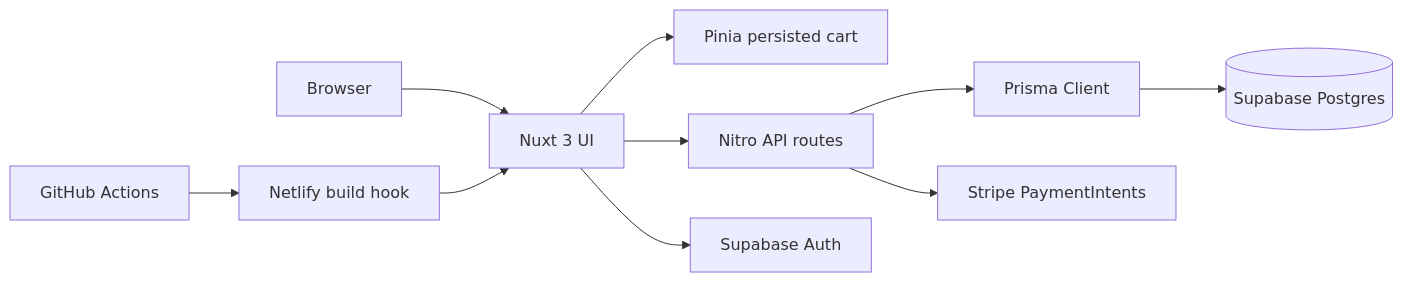
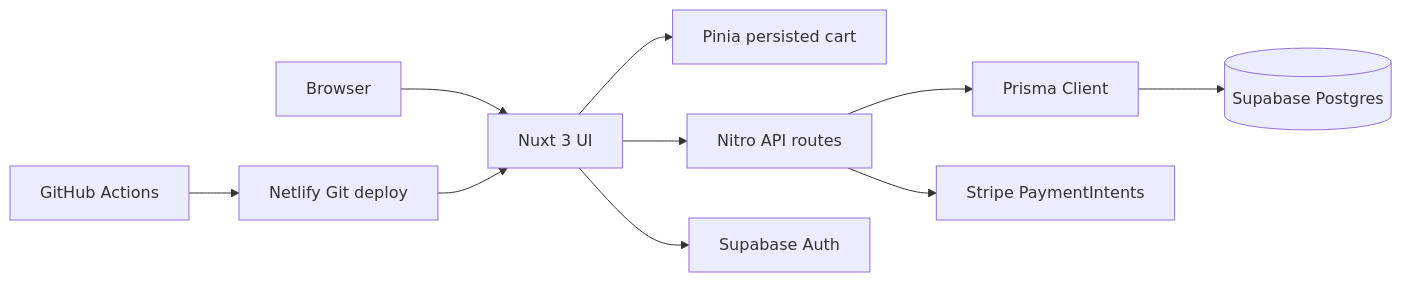
One commit to StepanDrogin/ali-clone changed the diagram in README.md. Above: the diagram before and after it, drawn with Mermaid. The commit also changed other lines of this file and 4 other files, not shown here.

````diff
--- a/README.md
+++ b/README.md
@@ -25,12 +25,12 @@
 ```mermaid
 flowchart LR
   Browser[Browser] --> Nuxt[Nuxt 3 UI]
   Nuxt --> Pinia[Pinia persisted cart]
   Nuxt --> Nitro[Nitro API routes]
   Nitro --> Prisma[Prisma Client]
   Prisma --> Supabase[(Supabase Postgres)]
   Nuxt --> SupabaseAuth[Supabase Auth]
   Nitro --> Stripe[Stripe PaymentIntents]
-  GitHub[GitHub Actions] --> Netlify[Netlify build hook]
+  GitHub[GitHub Actions] --> Netlify[Netlify Git deploy]
   Netlify --> Nuxt
 ```
````
